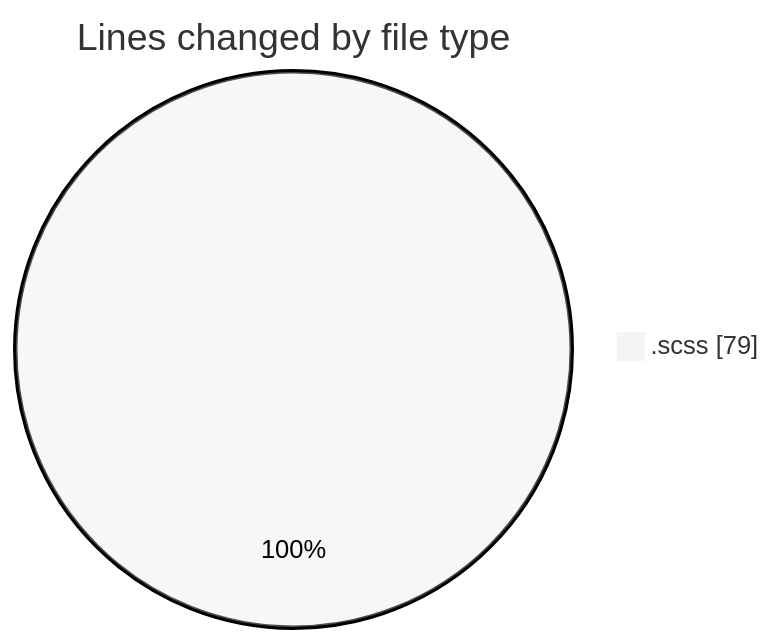
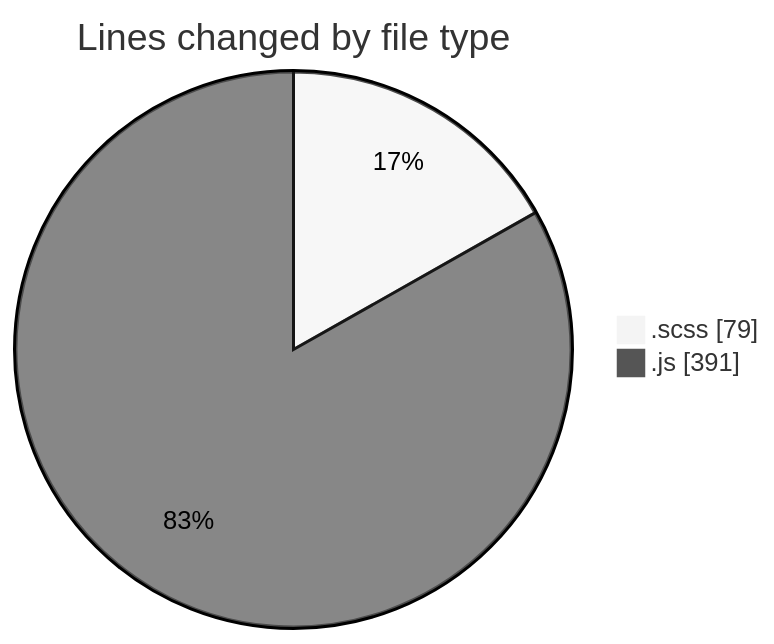
One commit to momahboobian/code-tracking changed the first of 2 diagrams in 2025-03-17/cda/README.md. Above: the diagram before and after it, drawn with Mermaid (neutral theme). The commit also changed other lines of this file and 1 other file, not shown here.

````diff
--- a/2025-03-17/cda/README.md
+++ b/2025-03-17/cda/README.md
@@ -20,5 +21,6 @@
 ```mermaid
 pie showData
 title Lines changed by file type
 ".scss" : 79
+".js" : 391
 ```
````
